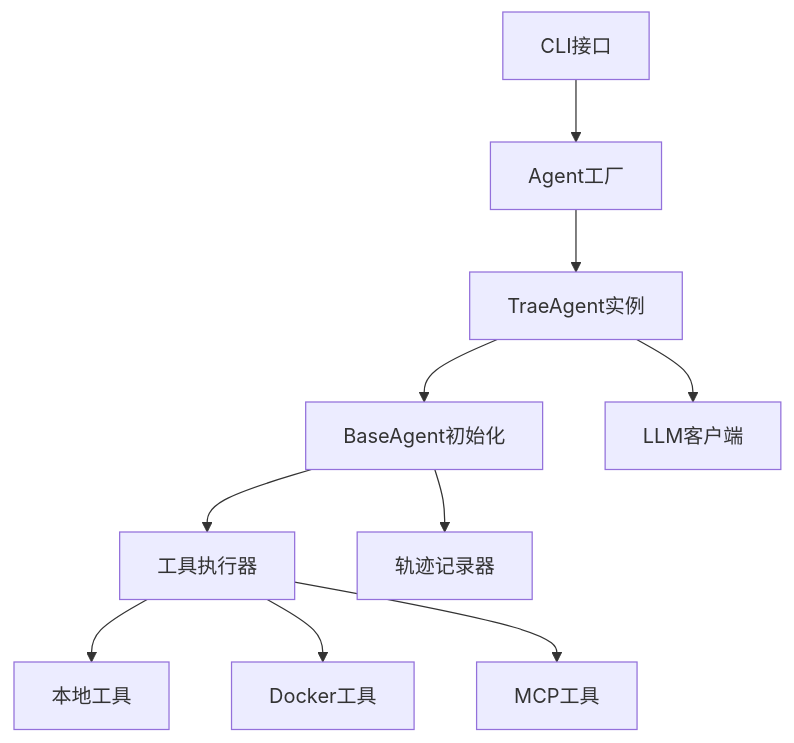
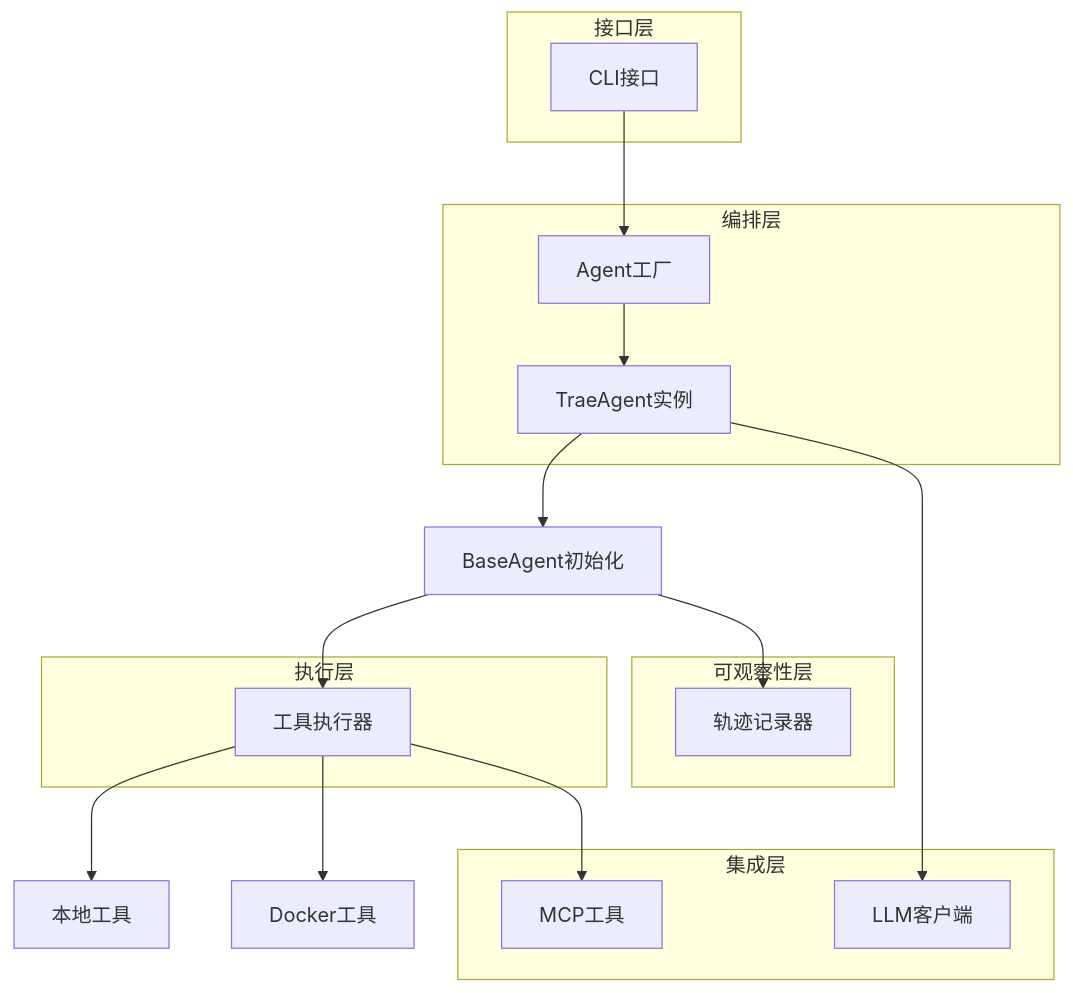
Before and after one commit to chillcharlie357/MyNotes: the diagram in Work/整理/Trae-agent.md, drawn with Mermaid. The commit also changed other lines of this file, not shown here.

````diff
--- a/Work/整理/Trae-agent.md
+++ b/Work/整理/Trae-agent.md
@@ -63,15 +72,37 @@
 ```mermaid
 flowchart TB
+    subgraph "接口层"
+        CLI接口
+    end
+
+    subgraph "编排层"
+        Agent工厂
+        TraeAgent实例
+    end
+
+    subgraph "集成层"
+        LLM客户端
+        MCP工具
+    end
+
+    subgraph "执行层"
+        工具执行器
+    end
+
+    subgraph "可观察性层"
+        轨迹记录器
+    end
+
     CLI接口 --> Agent工厂
     Agent工厂 --> TraeAgent实例
 
     TraeAgent实例 --> BaseAgent初始化
     TraeAgent实例 --> LLM客户端
 
     BaseAgent初始化 --> 工具执行器
     BaseAgent初始化 --> 轨迹记录器
 
     工具执行器 --> 本地工具
     工具执行器 --> Docker工具
     工具执行器 --> MCP工具
 ```
````
